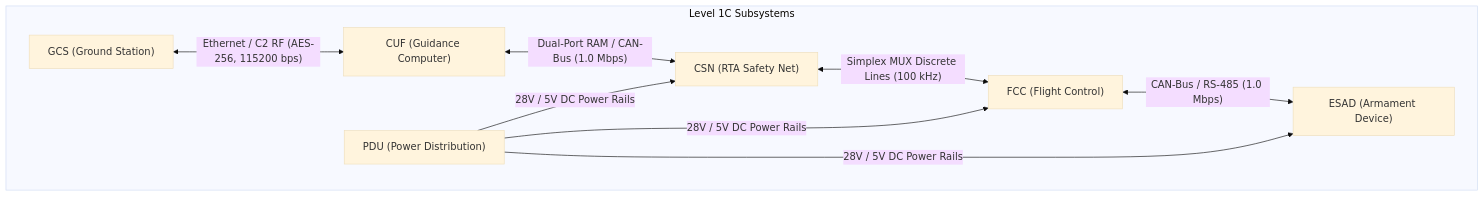
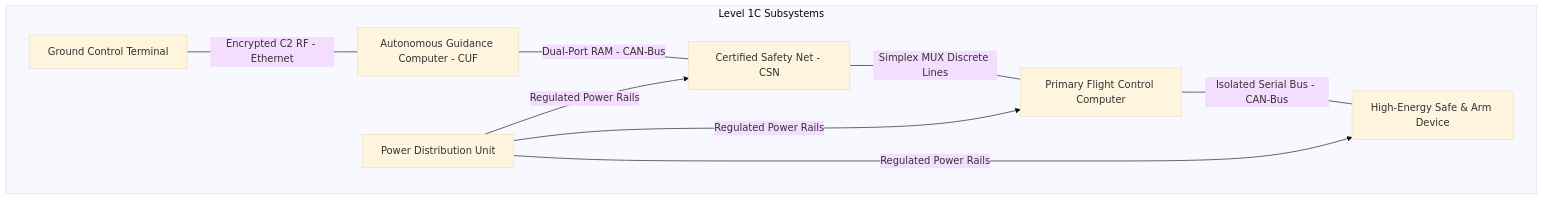
The ninth of 11 diagrams in docs/architecture/blueprints/DEAP_DETERMINISTIC_SAFETY_SPECIFICATION_COMPILER_BLUEPRINT.md (gintatkinson/DEAP01-spec-core), drawn with Mermaid (base theme) before and after one commit. The commit also changed other lines of this file, not shown here.

Commit message:
docs(architecture): purify safety compiler blueprint to 100% abstract schema-driven AST formulation

````diff
--- a/docs/architecture/blueprints/DEAP_DETERMINISTIC_SAFETY_SPECIFICATION_COMPILER_BLUEPRINT.md
+++ b/docs/architecture/blueprints/DEAP_DETERMINISTIC_SAFETY_SPECIFICATION_COMPILER_BLUEPRINT.md
@@ -1317,17 +1272,17 @@
 ```mermaid
 flowchart TD
-    subgraph LogicalSubsystems["Level 1C Subsystems"]
-        S1["GCS (Ground Station)"]
-        S2["CUF (Guidance Computer)"]
-        S3["CSN (RTA Safety Net)"]
-        S4["FCC (Flight Control)"]
-        S5["ESAD (Armament Device)"]
-        S6["PDU (Power Distribution)"]
+    subgraph "Level 1C Subsystems"
+        S1["Ground Control Terminal"]
+        S2["Autonomous Guidance Computer - CUF"]
+        S3["Certified Safety Net - CSN"]
+        S4["Primary Flight Control Computer"]
+        S5["High-Energy Safe & Arm Device"]
+        S6["Power Distribution Unit"]
     end
 
-    S1 <-->|"Ethernet / C2 RF (AES-256, 115200 bps)"| S2
-    S2 <-->|"Dual-Port RAM / CAN-Bus (1.0 Mbps)"| S3
-    S3 <-->|"Simplex MUX Discrete Lines (100 kHz)"| S4
-    S4 <-->|"CAN-Bus / RS-485 (1.0 Mbps)"| S5
-    S6 -->|"28V / 5V DC Power Rails"| S4 & S5 & S3
+    S1 ---|"Encrypted C2 RF - Ethernet"| S2
+    S2 ---|"Dual-Port RAM - CAN-Bus"| S3
+    S3 ---|"Simplex MUX Discrete Lines"| S4
+    S4 ---|"Isolated Serial Bus - CAN-Bus"| S5
+    S6 -->|"Regulated Power Rails"| S4 & S5 & S3
 ```
````
